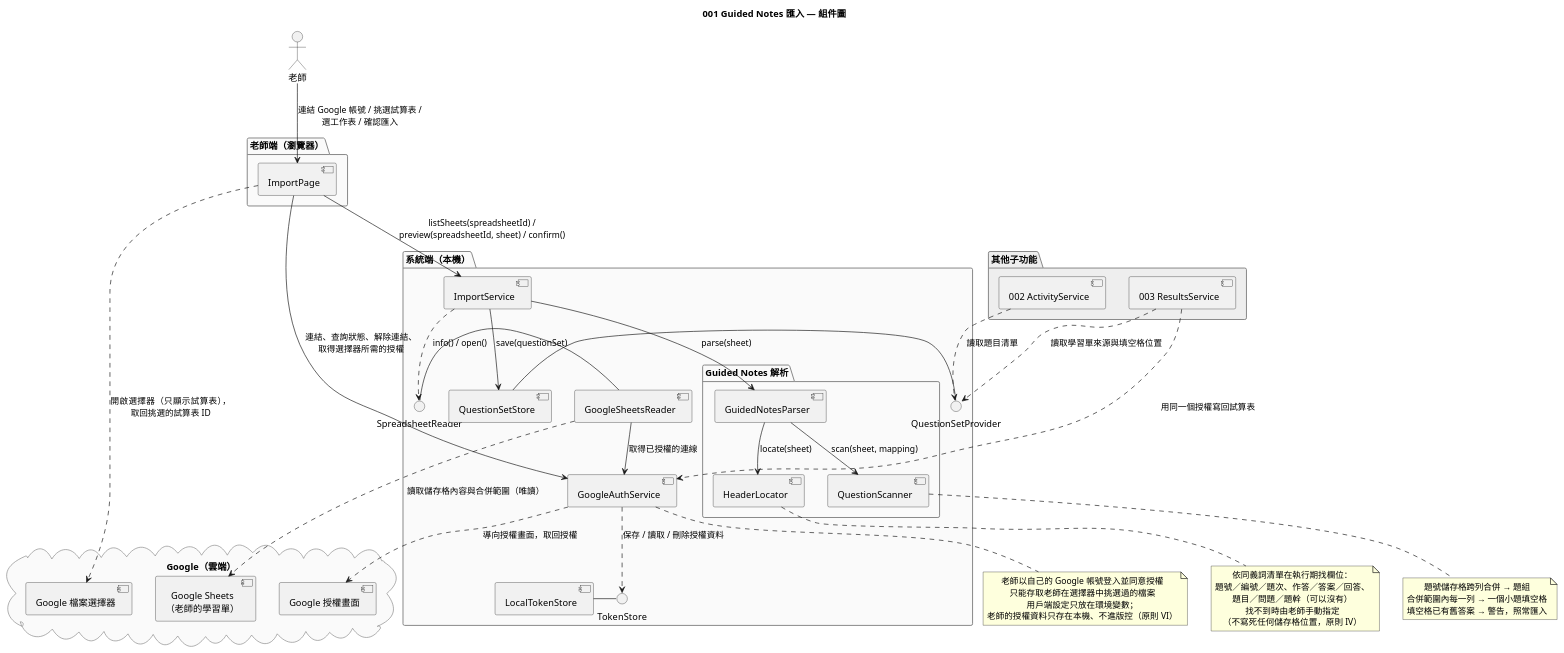
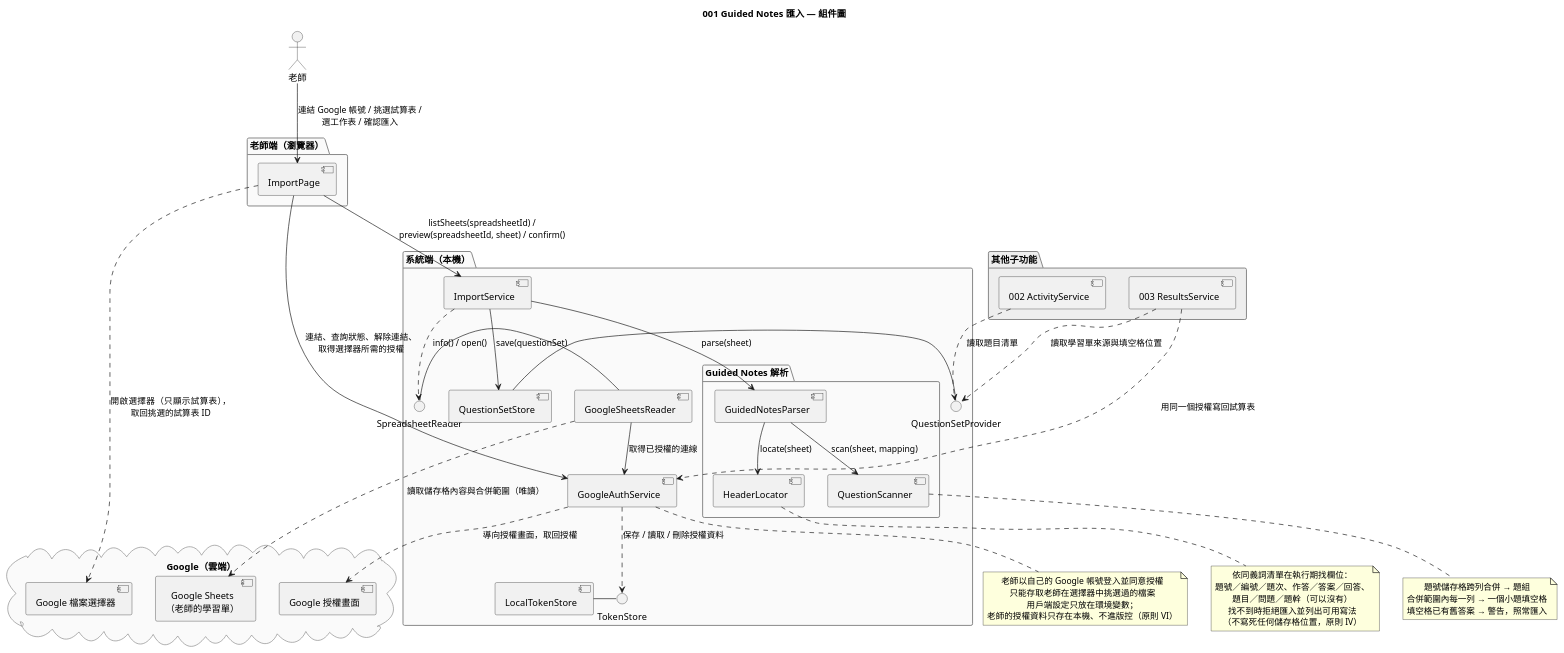
Before and after one commit to Ting10-01/quiz_buzzer_speckit: the diagram in diagrams/001-component.puml, drawn with PlantUML. The commit also changed 13 other files, not shown here.

First line of the commit message:
spec(001): 依 spec 修改同步 plan、圖表與 tasks

```diff
--- a/diagrams/001-component.puml
+++ b/diagrams/001-component.puml
@@ -1,86 +1,86 @@
 @startuml
 title 001 Guided Notes 匯入 — 組件圖
 skinparam shadowing false
 skinparam componentStyle uml2
 skinparam defaultTextAlignment center
 skinparam package {
   BackgroundColor #FAFAFA
   BorderColor #888888
 }
 
 actor "老師" as Teacher
 
 cloud "Google（雲端）" {
   [Google 授權畫面] as GoogleConsent
   [Google 檔案選擇器] as GooglePicker
   [Google Sheets\n（老師的學習單）] as GoogleSheets
 }
 
 package "老師端（瀏覽器）" {
   [ImportPage] as ImportPage
 }
 
 package "系統端（本機）" {
   [GoogleAuthService] as Auth
   () "TokenStore" as ITokenStore
   [LocalTokenStore] as LocalTokens
   [ImportService] as ImportService
 
   package "Guided Notes 解析" {
     [GuidedNotesParser] as Parser
     [HeaderLocator] as HeaderLocator
     [QuestionScanner] as QuestionScanner
   }
 
   () "SpreadsheetReader" as IReader
   [GoogleSheetsReader] as SheetsReader
   [QuestionSetStore] as Store
   () "QuestionSetProvider" as IProvider
 }
 
 package "其他子功能" #EEEEEE {
   [002 ActivityService] as Activity002
   [003 ResultsService] as Results003
 }
 
 Teacher --> ImportPage : 連結 Google 帳號 / 挑選試算表 /\n選工作表 / 確認匯入
 ImportPage --> Auth : 連結、查詢狀態、解除連結、\n取得選擇器所需的授權
 Auth ..> GoogleConsent : 導向授權畫面，取回授權
 Auth ..> ITokenStore : 保存 / 讀取 / 刪除授權資料
 LocalTokens - ITokenStore
 ImportPage ..> GooglePicker : 開啟選擇器（只顯示試算表），\n取回挑選的試算表 ID
 ImportPage --> ImportService : listSheets(spreadsheetId) /\npreview(spreadsheetId, sheet) / confirm()
 ImportService ..> IReader : info() / open()
 SheetsReader - IReader
 SheetsReader --> Auth : 取得已授權的連線
 SheetsReader ..> GoogleSheets : 讀取儲存格內容與合併範圍（唯讀）
 ImportService --> Parser : parse(sheet)
 Parser --> HeaderLocator : locate(sheet)
 Parser --> QuestionScanner : scan(sheet, mapping)
 ImportService --> Store : save(questionSet)
 Store - IProvider
 Activity002 ..> IProvider : 讀取題目清單
 Results003 ..> IProvider : 讀取學習單來源與填空格位置
 Results003 ..> Auth : 用同一個授權寫回試算表
 
 note bottom of Auth
   老師以自己的 Google 帳號登入並同意授權
   只能存取老師在選擇器中挑選過的檔案
   用戶端設定只放在環境變數；
   老師的授權資料只存在本機、不進版控（原則 VI）
 end note
 
 note bottom of HeaderLocator
   依同義詞清單在執行期找欄位：
   題號／編號／題次、作答／答案／回答、
   題目／問題／題幹（可以沒有）
-  找不到時由老師手動指定
+  找不到時拒絕匯入並列出可用寫法
   （不寫死任何儲存格位置，原則 IV）
 end note
 
 note bottom of QuestionScanner
   題號儲存格跨列合併 → 題組
   合併範圍內每一列 → 一個小題填空格
   填空格已有舊答案 → 警告，照常匯入
 end note
 @enduml
```
